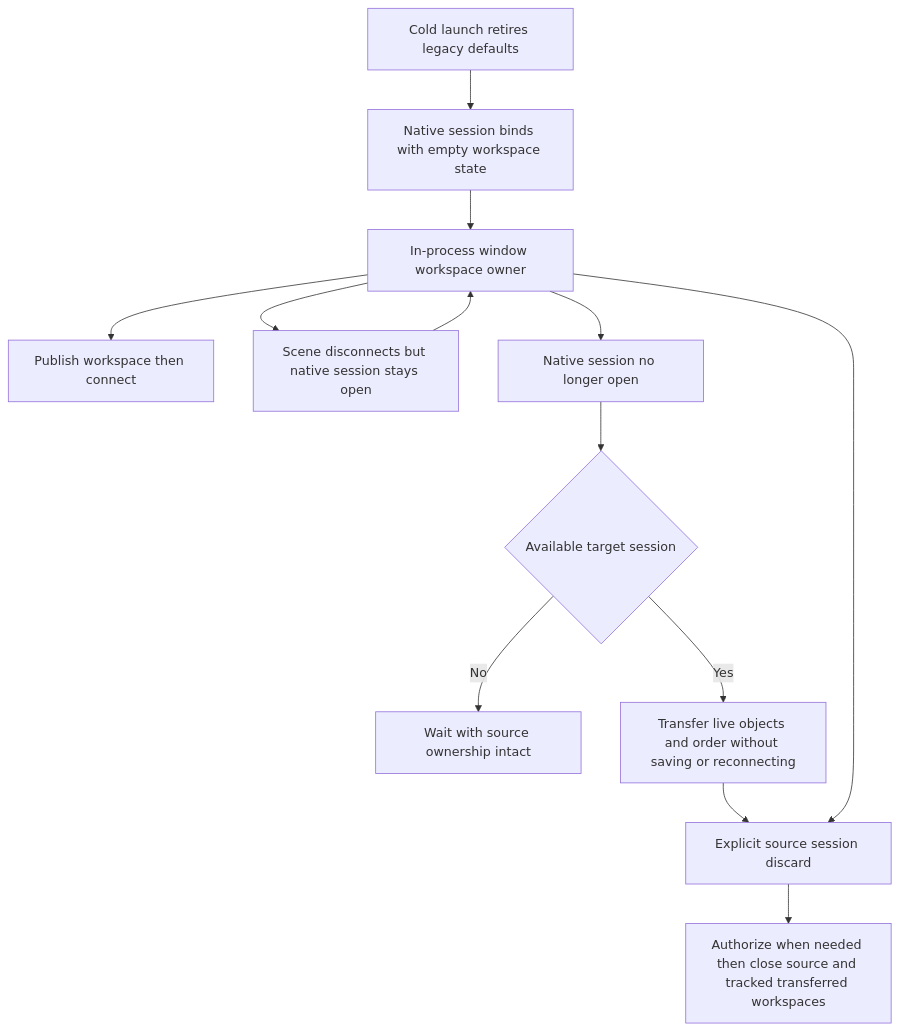
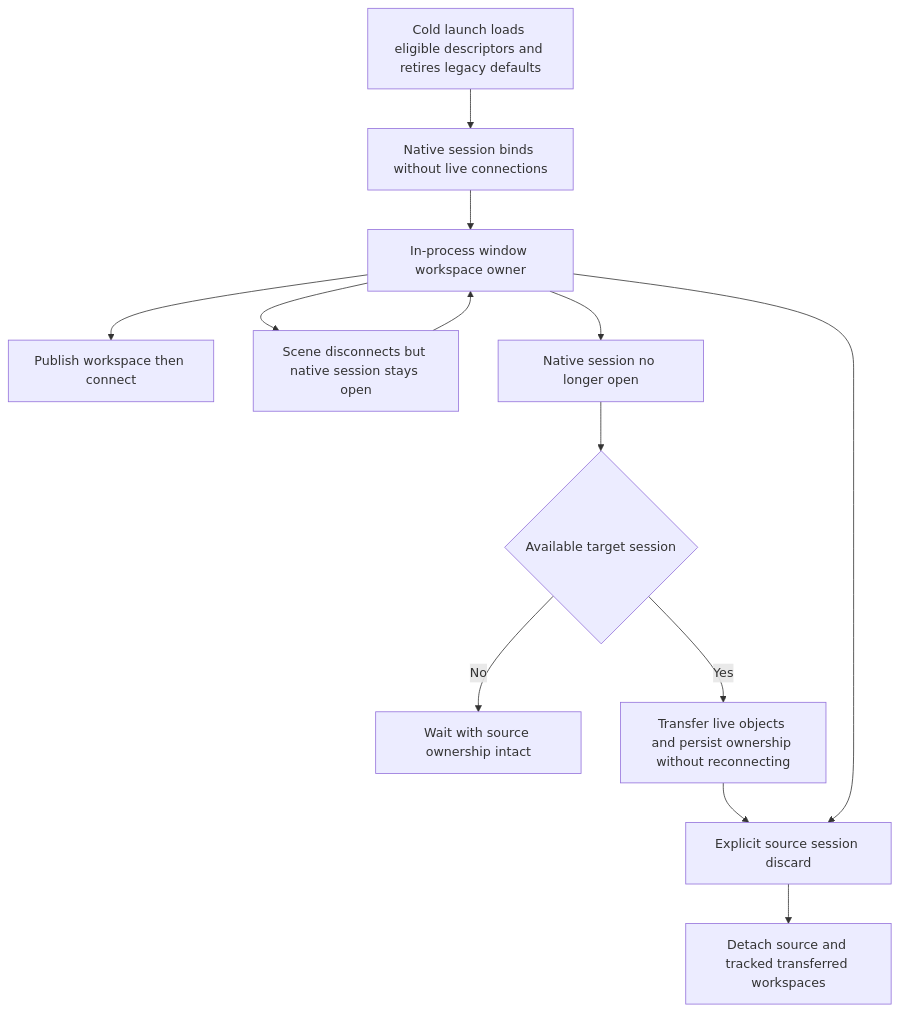
Before and after one commit to AkinoKaede/Termind: the fifth of 7 diagrams in openwiki/architecture/platform-runtime.md, drawn with Mermaid. The commit also changed other lines of this file and 63 other files, not shown here.

````diff
--- a/openwiki/architecture/platform-runtime.md
+++ b/openwiki/architecture/platform-runtime.md
@@ -375,15 +375,15 @@
 ```mermaid
 flowchart TD
-    Cold["Cold launch retires legacy defaults"] --> Bind["Native session binds with empty workspace state"]
+    Cold["Cold launch loads eligible descriptors and retires legacy defaults"] --> Bind["Native session binds without live connections"]
     Bind --> Owner["In-process window workspace owner"]
     Owner --> Open["Publish workspace then connect"]
     Owner --> Reclaim["Scene disconnects but native session stays open"]
     Reclaim --> Owner
     Owner --> Missing["Native session no longer open"]
     Missing --> Check{"Available target session"}
     Check -->|"No"| Wait["Wait with source ownership intact"]
-    Check -->|"Yes"| Target["Transfer live objects and order without saving or reconnecting"]
+    Check -->|"Yes"| Target["Transfer live objects and persist ownership without reconnecting"]
     Target --> Discard["Explicit source session discard"]
     Owner --> Discard
-    Discard --> Close["Authorize when needed then close source and tracked transferred workspaces"]
+    Discard --> Close["Detach source and tracked transferred workspaces"]
 ```
````
